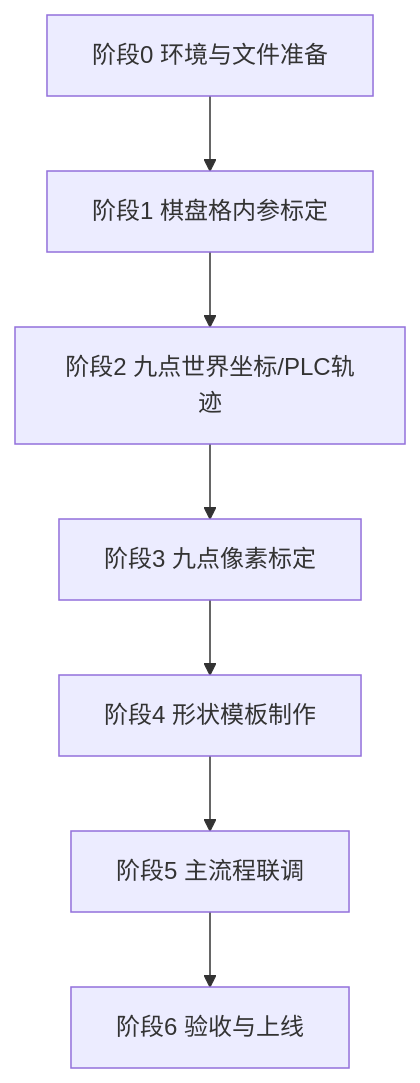
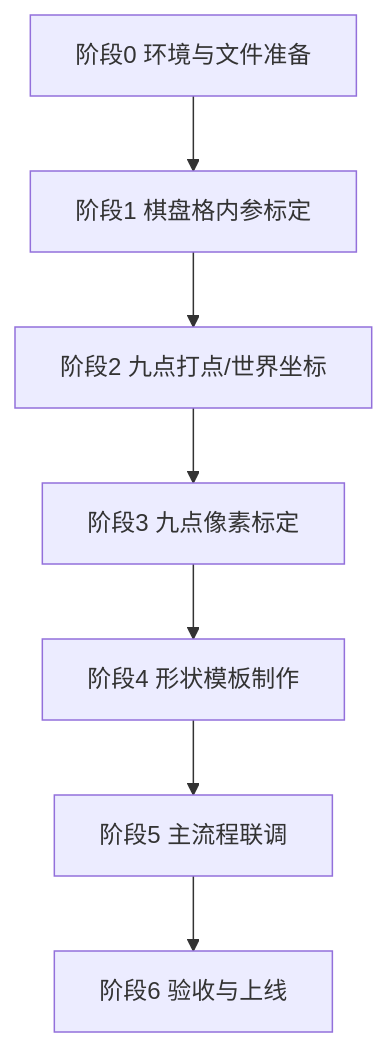
Before and after one commit to hucunzhen/calibrate-api: the diagram in flows/产线视觉标定与主流程.md, drawn with Mermaid. The commit also changed other lines of this file and 38 other files, not shown here.

First line of the commit message:
Add lattice weld sequencing and tighten flow/role tooling.

````diff
--- a/flows/产线视觉标定与主流程.md
+++ b/flows/产线视觉标定与主流程.md
@@ -51,11 +65,11 @@
 ```mermaid
 flowchart TB
   P0[阶段0 环境与文件准备]
   P1[阶段1 棋盘格内参标定]
-  P2[阶段2 九点世界坐标/PLC轨迹]
+  P2[阶段2 九点打点/世界坐标]
   P3[阶段3 九点像素标定]
   P4[阶段4 形状模板制作]
   P5[阶段5 主流程联调]
   P6[阶段6 验收与上线]
   P0 --> P1 --> P2 --> P3 --> P4 --> P5 --> P6
 ```
````
